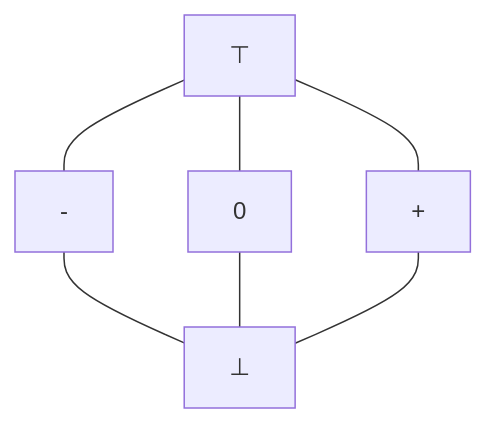
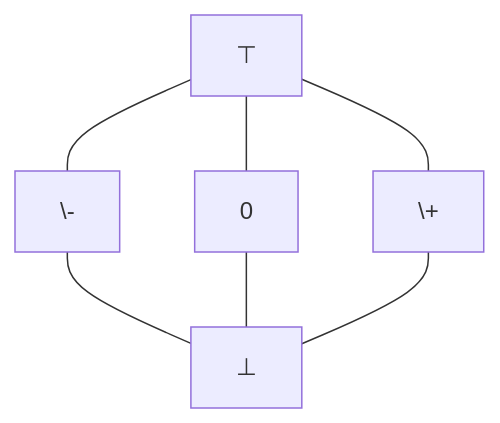
One commit to 50054-cdpa/cohort_probs changed the fifth of 5 diagrams in sign_analysis/sign_analysis.md. Above: the diagram before and after it, drawn with Mermaid.

````diff
--- a/sign_analysis/sign_analysis.md
+++ b/sign_analysis/sign_analysis.md
@@ -70,9 +70,9 @@
 ```mermaid
 graph
-    A["⊤"]---B[-]
-    A---C[0]
-    A---D[+]
+    A["⊤"]---B["\-"]
+    A---C["0"]
+    A---D["\+"]
     B---E
     C---E
-    D---E[⊥]
+    D---E["⊥"]
 ```
````
